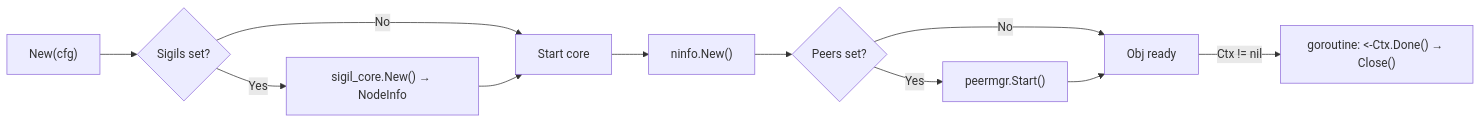
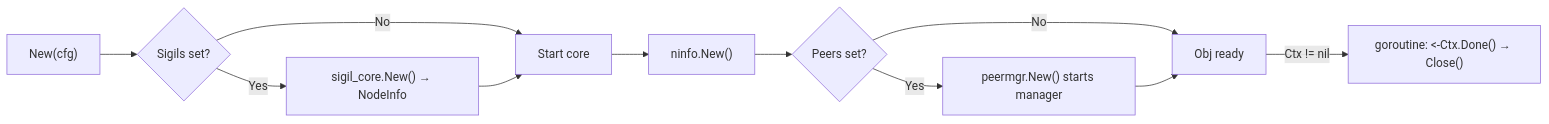
One commit to voluminor/ratatoskr changed the second of 6 diagrams in README.md. Above: the diagram before and after it, drawn with Mermaid. The commit also changed other lines of this file and 108 other files, not shown here.

````diff
--- a/README.md
+++ b/README.md
@@ -183,13 +183,13 @@
 ```mermaid
 flowchart LR
   New["New(cfg)"] --> SG{Sigils set?}
   SG -->|Yes| SC["sigil_core.New() → NodeInfo"]
   SG -->|No| Core
   SC --> Core["Start core"]
   Core --> NI["ninfo.New()"]
   NI --> PM{Peers set?}
-  PM -->|Yes| Start["peermgr.Start()"]
+  PM -->|Yes| Start["peermgr.New() starts manager"]
   PM -->|No| Ready["Obj ready"]
   Start --> Ready
   Ready -->|" Ctx != nil "| Watch["goroutine: <-Ctx.Done() → Close()"]
 ```
````
